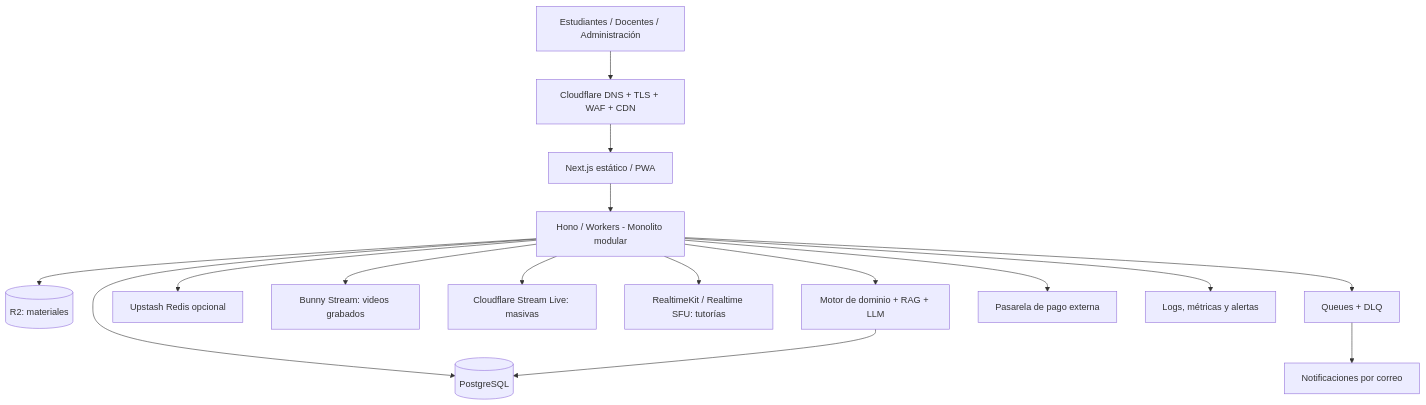
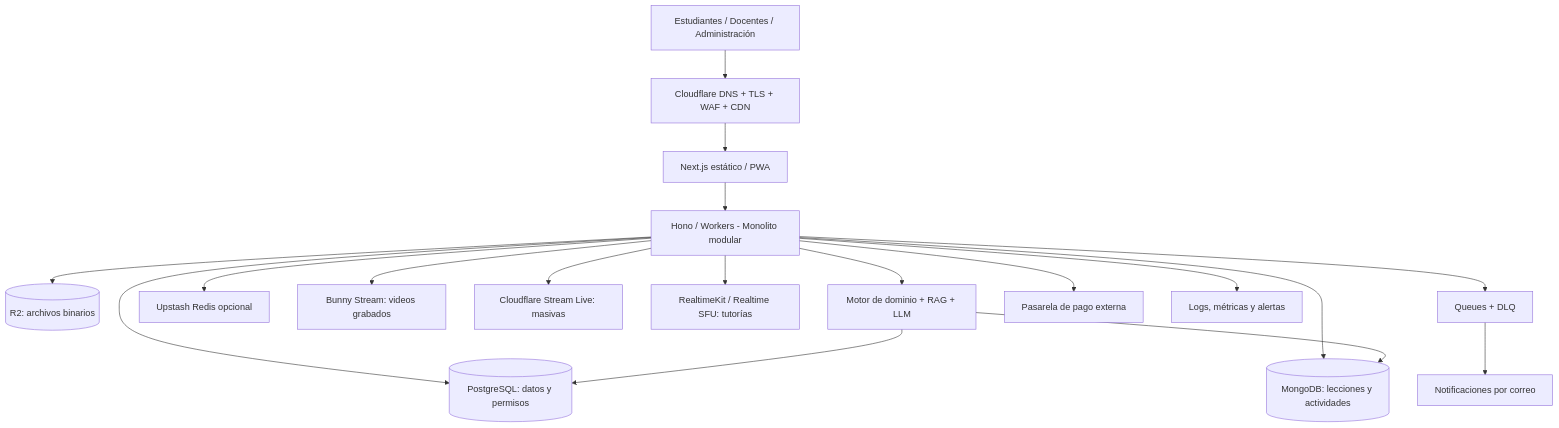
Before and after one commit to 100robert/Mentelyx: the diagram in docs/01-analisis-de-sistema/07-decisiones-arquitectonicas.md, drawn with Mermaid. The commit also changed other lines of this file and 1 other file, not shown here.

````diff
--- a/docs/01-analisis-de-sistema/07-decisiones-arquitectonicas.md
+++ b/docs/01-analisis-de-sistema/07-decisiones-arquitectonicas.md
@@ -85,18 +82,20 @@
 ```mermaid
 flowchart TB
   USR[Estudiantes / Docentes / Administración] --> EDGE[Cloudflare DNS + TLS + WAF + CDN]
   EDGE --> WEB[Next.js estático / PWA]
   WEB --> API[Hono / Workers - Monolito modular]
-  API --> PG[(PostgreSQL)]
-  API --> R2[(R2: materiales)]
+  API --> PG[(PostgreSQL: datos y permisos)]
+  API --> MG[(MongoDB: lecciones y actividades)]
+  API --> R2[(R2: archivos binarios)]
   API --> QUEUE[Queues + DLQ]
   QUEUE --> EMAIL[Notificaciones por correo]
   API --> REDIS[Upstash Redis opcional]
   API --> VODS[Bunny Stream: videos grabados]
   API --> LIVE[Cloudflare Stream Live: masivas]
   API --> SFU[RealtimeKit / Realtime SFU: tutorías]
   API --> AI[Motor de dominio + RAG + LLM]
   AI --> PG
+  AI --> MG
   API --> PAY[Pasarela de pago externa]
   API --> OBS[Logs, métricas y alertas]
 ```
````
